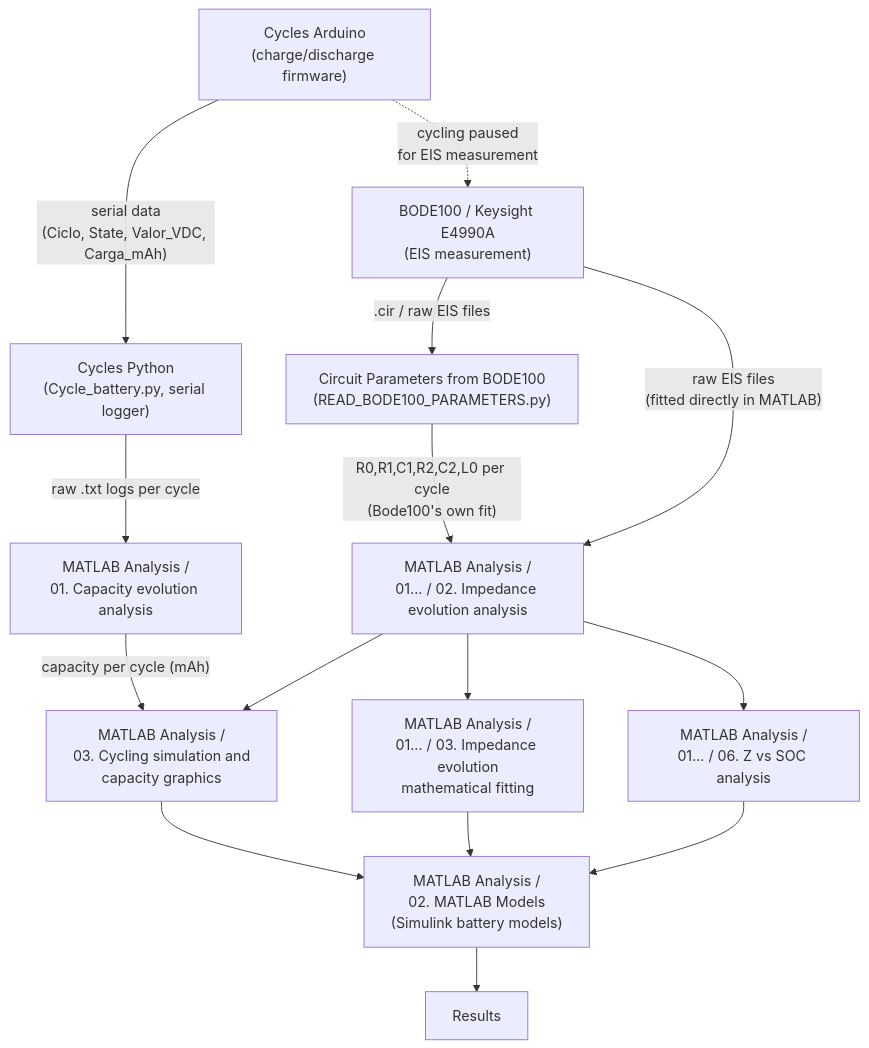
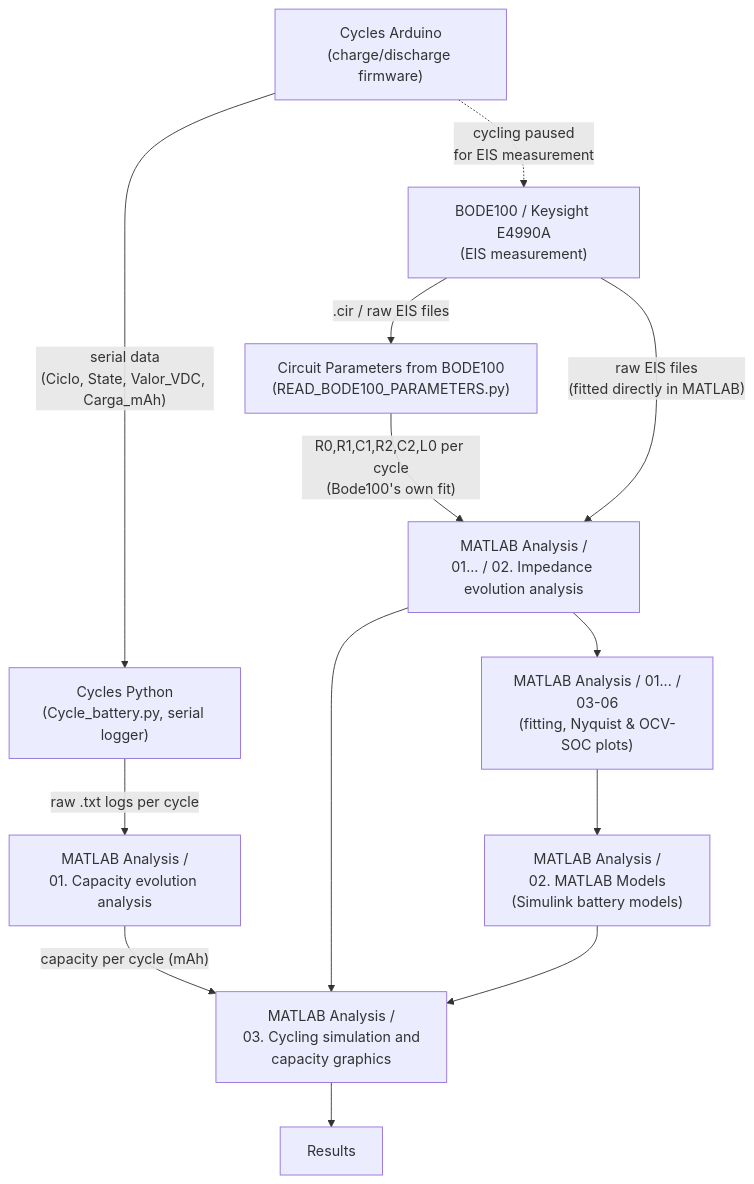
The diagram in README.md (beagarciat1/Codes-TFG-Battery-Degradation-Analysis-), drawn with Mermaid before and after one commit. The commit also changed other lines of this file, not shown here.

Commit message:
Fix diagram arrow direction and merge folders 03-06 into one block
MATLAB Models now feeds into the cycling simulation stage (not the
other way around), Results now comes out of the cycling simulation
stage, and folders 03-06 are grouped into a single node for clarity.

````diff
--- a/README.md
+++ b/README.md
@@ -13,19 +13,17 @@
 ```mermaid
 flowchart TD
     A["Cycles Arduino<br/>(charge/discharge firmware)"] -->|"serial data\n(Ciclo, State, Valor_VDC, Carga_mAh)"| B["Cycles Python<br/>(Cycle_battery.py, serial logger)"]
     A -.->|"cycling paused\nfor EIS measurement"| E
     B -->|"raw .txt logs per cycle"| C["MATLAB Analysis /\n01. Capacity evolution analysis"]
     C -->|"capacity per cycle (mAh)"| D["MATLAB Analysis /\n03. Cycling simulation and\ncapacity graphics"]
 
     E["BODE100 / Keysight E4990A\n(EIS measurement)"] -->|".cir / raw EIS files"| F["Circuit Parameters from BODE100\n(READ_BODE100_PARAMETERS.py)"]
     F -->|"R0,R1,C1,R2,C2,L0 per cycle\n(Bode100's own fit)"| G["MATLAB Analysis /\n01... / 02. Impedance evolution analysis"]
     E -->|"raw EIS files\n(fitted directly in MATLAB)"| G
-    G --> H["MATLAB Analysis /\n01... / 03. Impedance evolution\nmathematical fitting"]
-    G --> I["MATLAB Analysis /\n01... / 06. Z vs SOC analysis"]
+    G --> M["MATLAB Analysis / 01... /\n03-06\n(fitting, Nyquist & OCV-SOC plots)"]
     G --> D
 
-    D --> J["MATLAB Analysis /\n02. MATLAB Models\n(Simulink battery models)"]
-    H --> J
-    I --> J
-    J --> K["Results"]
+    M --> J["MATLAB Analysis /\n02. MATLAB Models\n(Simulink battery models)"]
+    J --> D
+    D --> K["Results"]
 ```
````
